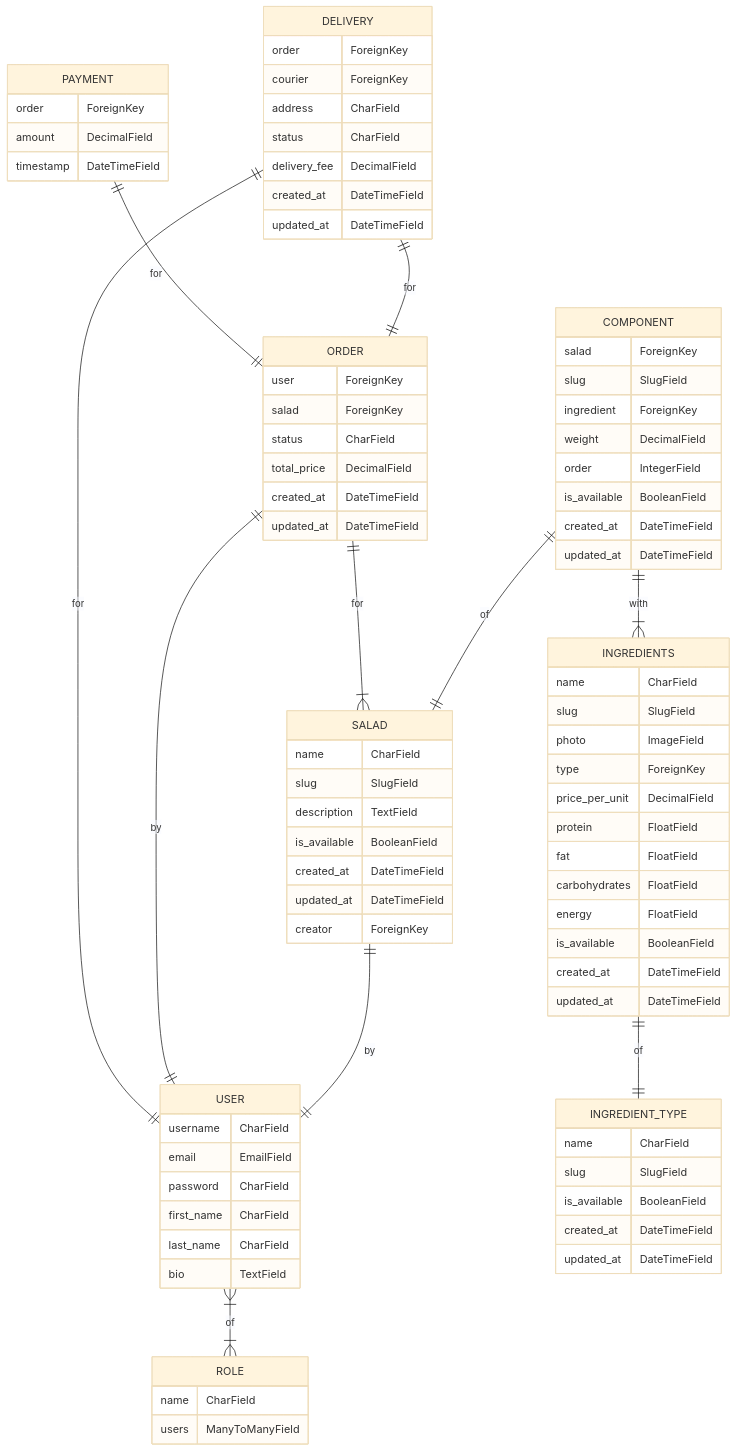
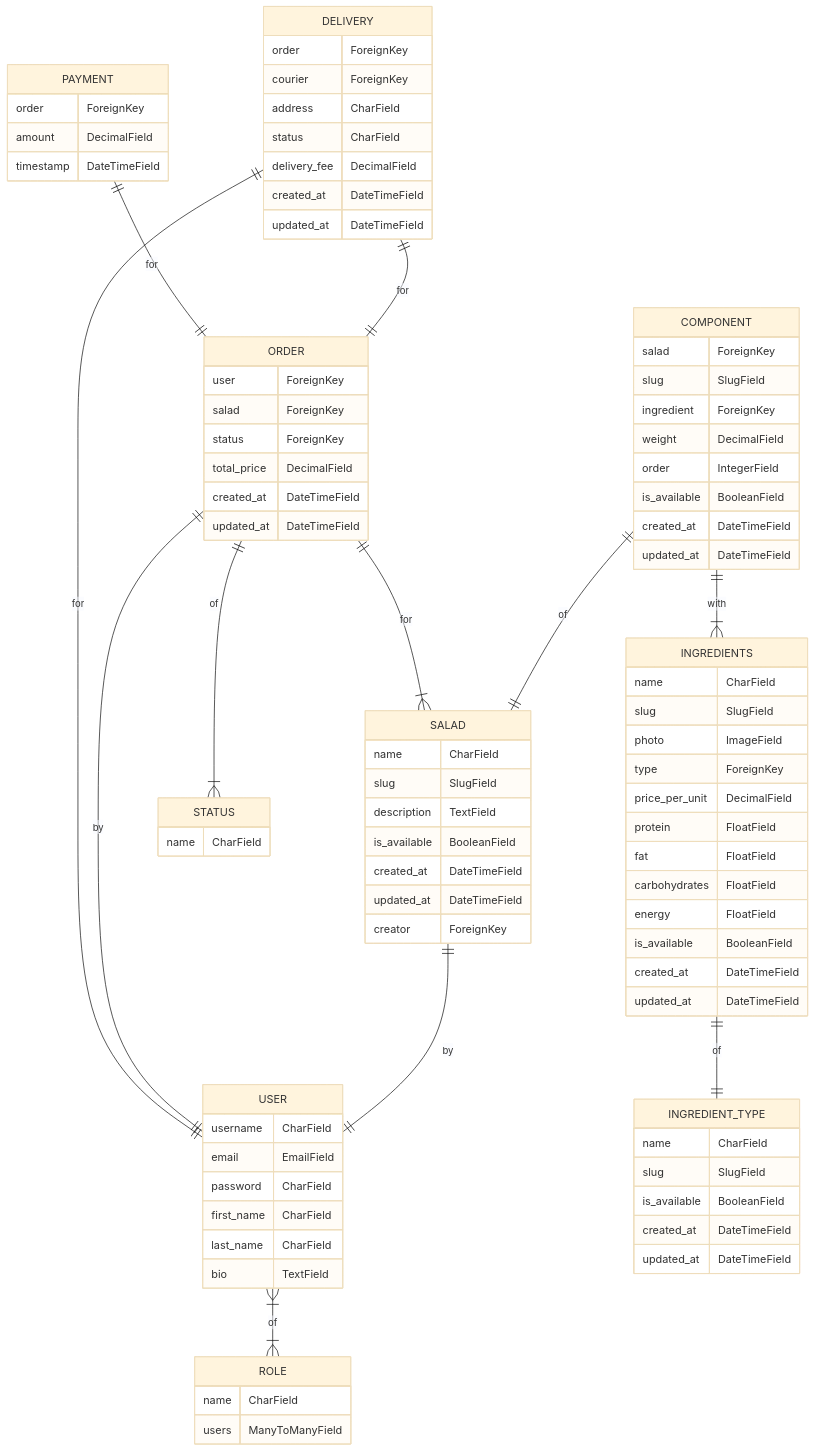
One commit to ya-yura/salatik changed the first of 5 diagrams in README.md. Above: the diagram before and after it, drawn with Mermaid (base theme).

```diff
--- a/README.md
+++ b/README.md
@@ -143,10 +143,13 @@
     ORDER {
         user ForeignKey
         salad ForeignKey
-        status CharField
+        status ForeignKey
         total_price DecimalField
         created_at DateTimeField
         updated_at DateTimeField
+    }
+    STATUS {
+        name CharField
     }
     PAYMENT {
         order ForeignKey
@@ -168,6 +171,7 @@
     DELIVERY ||--|| USER : for
     ORDER ||--|| USER : by
     ORDER ||--|{ SALAD : for
+    ORDER ||--|{ STATUS : of
     COMPONENT ||--|| SALAD : of
     COMPONENT ||--|{ INGREDIENTS : with
     SALAD ||--|| USER : by
```
